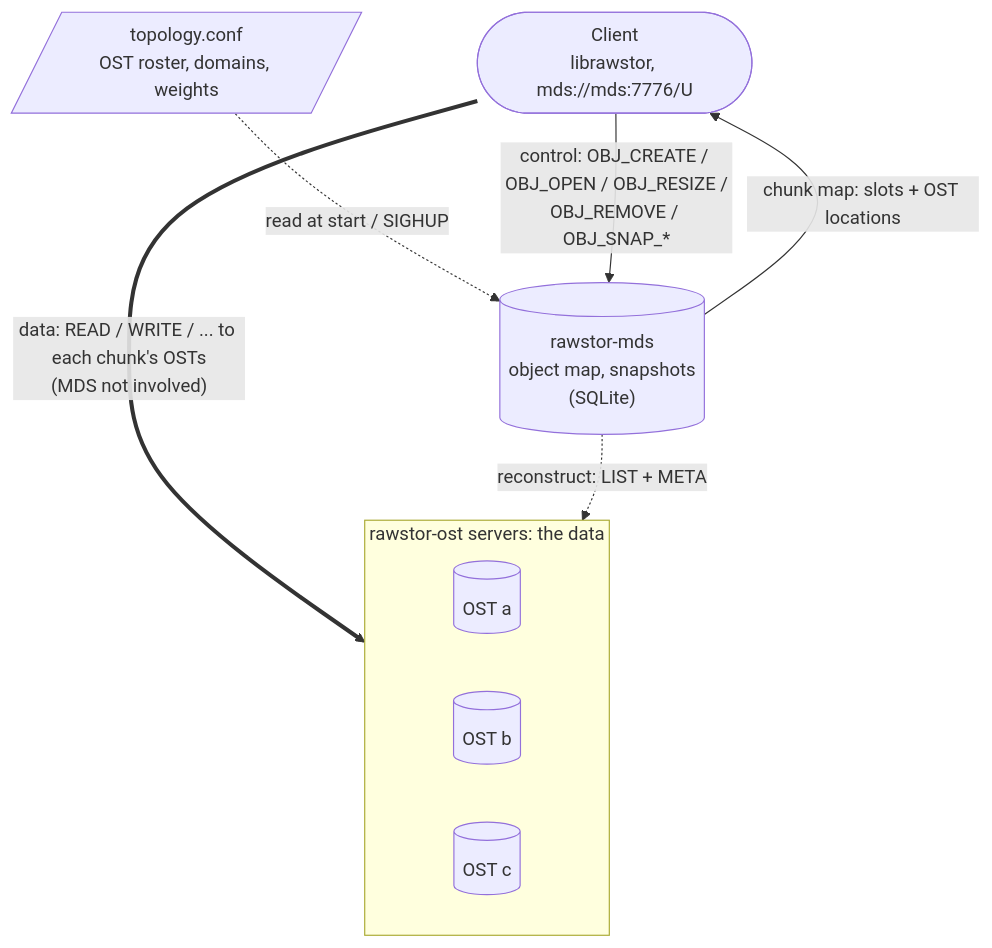
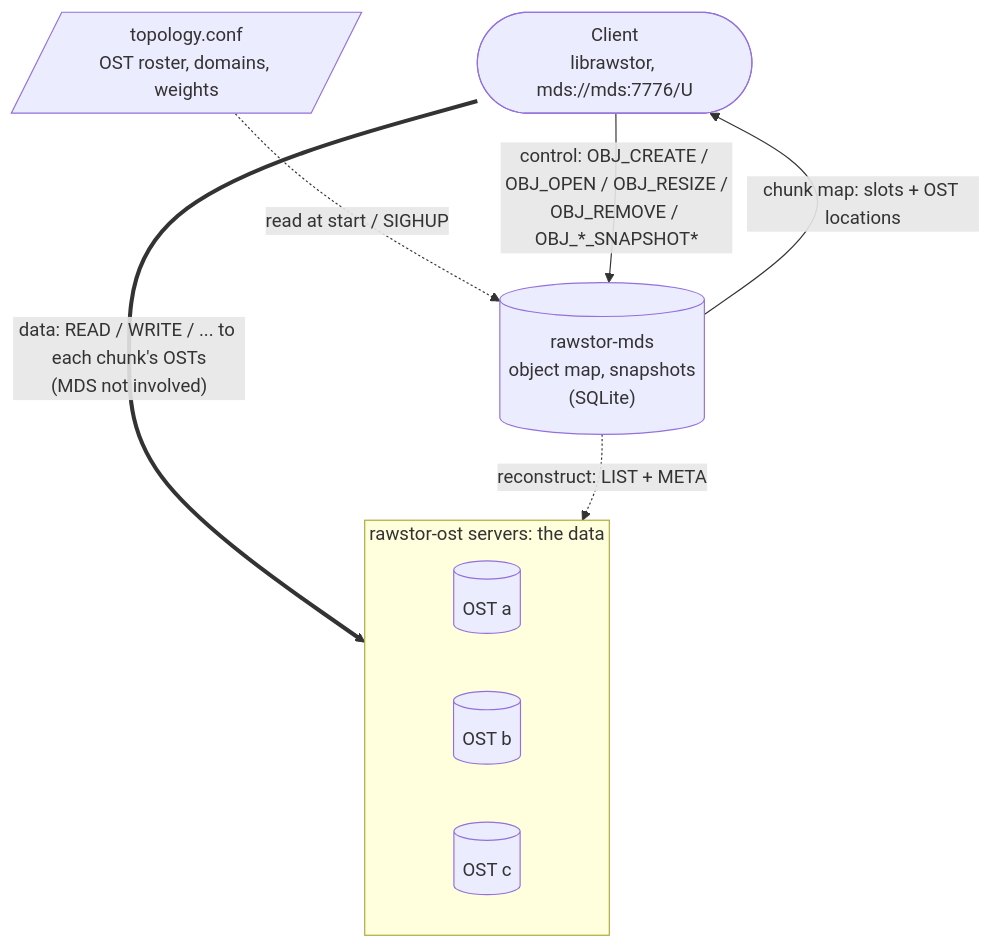
The first of 8 diagrams in docs/mds.md (rawstor/librawstor), drawn with Mermaid before and after one commit. The commit also changed other lines of this file and 38 other files, not shown here.

````diff
--- a/docs/mds.md
+++ b/docs/mds.md
@@ -16,18 +16,18 @@
 ```mermaid
 flowchart TB
     Client(["Client<br/>librawstor, mds://mds:7776/U"])
     MDS[("rawstor-mds<br/>object map, snapshots<br/>(SQLite)")]
     Topo[/"topology.conf<br/>OST roster, domains, weights"/]
     subgraph OSTs ["rawstor-ost servers: the data"]
         direction LR
         A[("OST a")]
         B[("OST b")]
         C[("OST c")]
     end
 
     Topo -. "read at start / SIGHUP" .-> MDS
-    Client -- "control: OBJ_CREATE / OBJ_OPEN / OBJ_RESIZE /<br/>OBJ_REMOVE / OBJ_SNAP_*" --> MDS
+    Client -- "control: OBJ_CREATE / OBJ_OPEN / OBJ_RESIZE /<br/>OBJ_REMOVE / OBJ_*_SNAPSHOT*" --> MDS
     MDS -- "chunk map: slots + OST locations" --> Client
     Client == "data: READ / WRITE / ... to each chunk's OSTs<br/>(MDS not involved)" ==> OSTs
     MDS -. "reconstruct: LIST + META" .-> OSTs
 ```
````
